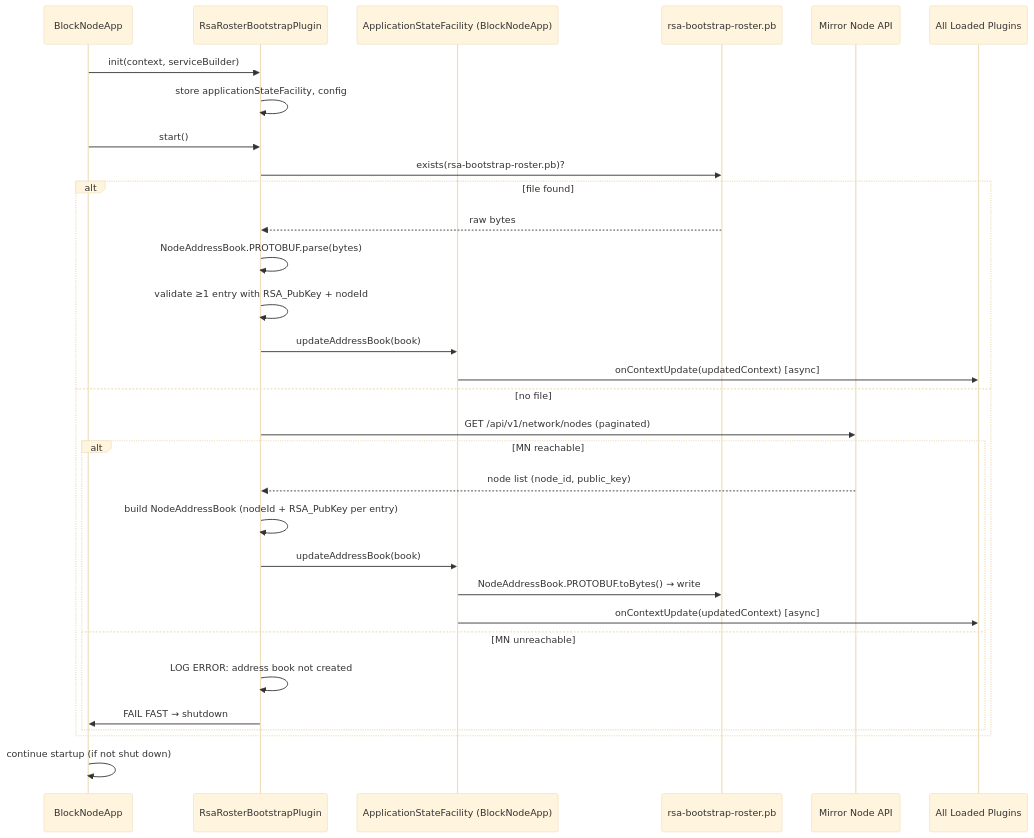
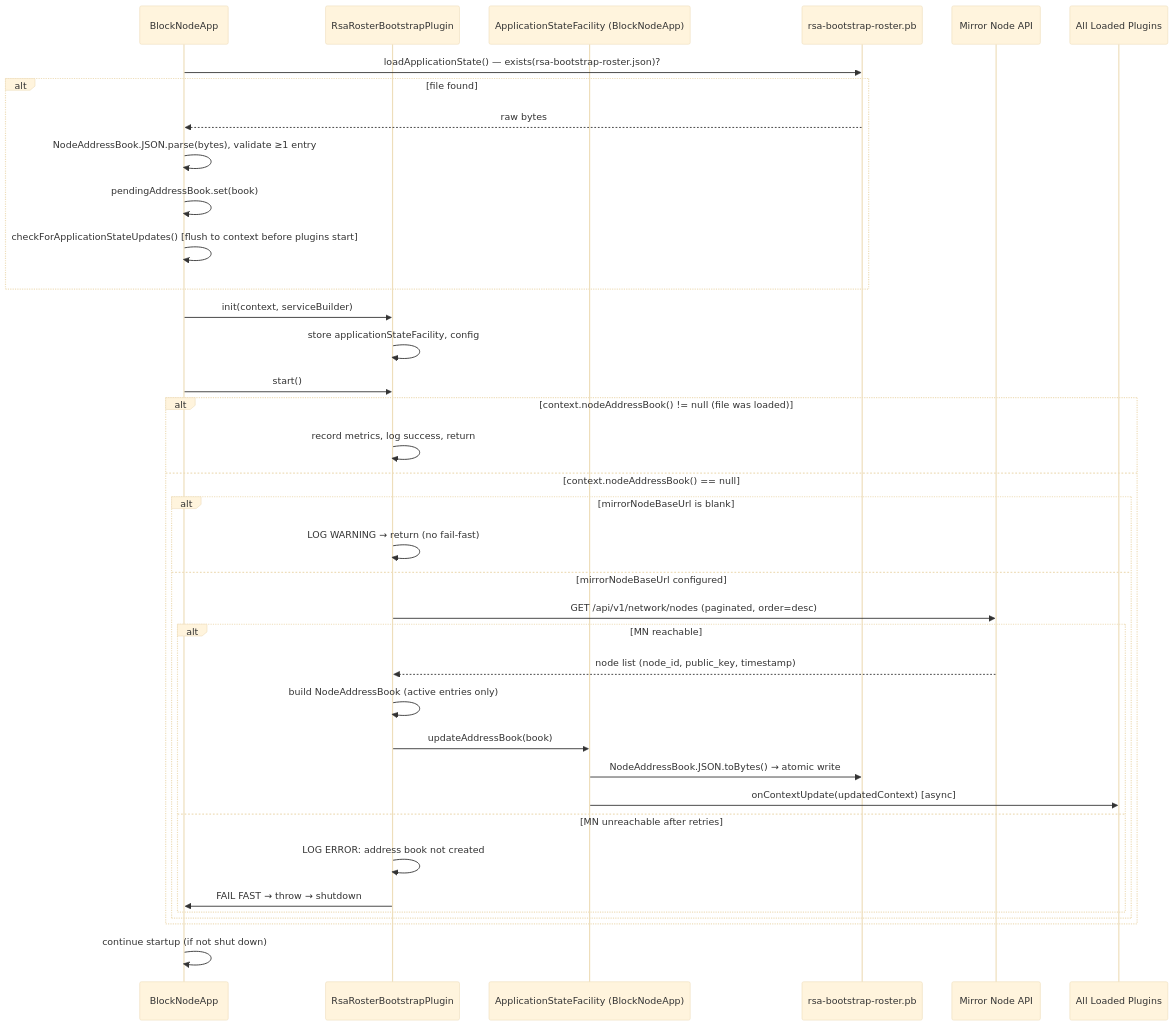
Before and after one commit to hiero-ledger/hiero-block-node: the first of 2 diagrams in docs/design/wrb-streaming/bootstrap-roster-plugin.md, drawn with Mermaid (base theme). The commit also changed other lines of this file and 1 other file, not shown here.

First line of the commit message:
docs: align README and design doc with roster-bootstrap-rsa implementation

````diff
--- a/docs/design/wrb-streaming/bootstrap-roster-plugin.md
+++ b/docs/design/wrb-streaming/bootstrap-roster-plugin.md
@@ -530,34 +558,40 @@
 ```mermaid
 sequenceDiagram
     participant App as BlockNodeApp
     participant Plugin as RsaRosterBootstrapPlugin
     participant Facility as ApplicationStateFacility (BlockNodeApp)
     participant File as rsa-bootstrap-roster.pb
     participant MN as Mirror Node API
     participant Plugins as All Loaded Plugins
 
+    App->>File: loadApplicationState() — exists(rsa-bootstrap-roster.json)?
+    alt file found
+        File-->>App: raw bytes
+        App->>App: NodeAddressBook.JSON.parse(bytes), validate ≥1 entry
+        App->>App: pendingAddressBook.set(book)
+        App->>App: checkForApplicationStateUpdates() [flush to context before plugins start]
+    end
     App->>Plugin: init(context, serviceBuilder)
     Plugin->>Plugin: store applicationStateFacility, config
     App->>Plugin: start()
-    Plugin->>File: exists(rsa-bootstrap-roster.pb)?
-    alt file found
-        File-->>Plugin: raw bytes
-        Plugin->>Plugin: NodeAddressBook.PROTOBUF.parse(bytes)
-        Plugin->>Plugin: validate ≥1 entry with RSA_PubKey + nodeId
-        Plugin->>Facility: updateAddressBook(book)
-        Facility->>Plugins: onContextUpdate(updatedContext) [async]
-    else no file
-        Plugin->>MN: GET /api/v1/network/nodes (paginated)
-        alt MN reachable
-            MN-->>Plugin: node list (node_id, public_key)
-            Plugin->>Plugin: build NodeAddressBook (nodeId + RSA_PubKey per entry)
-            Plugin->>Facility: updateAddressBook(book)
-            Facility->>File: NodeAddressBook.PROTOBUF.toBytes() → write
-            Facility->>Plugins: onContextUpdate(updatedContext) [async]
-        else MN unreachable
-            Plugin->>Plugin: LOG ERROR: address book not created
-            Plugin->>App: FAIL FAST → shutdown
+    alt context.nodeAddressBook() != null (file was loaded)
+        Plugin->>Plugin: record metrics, log success, return
+    else context.nodeAddressBook() == null
+        alt mirrorNodeBaseUrl is blank
+            Plugin->>Plugin: LOG WARNING → return (no fail-fast)
+        else mirrorNodeBaseUrl configured
+            Plugin->>MN: GET /api/v1/network/nodes (paginated, order=desc)
+            alt MN reachable
+                MN-->>Plugin: node list (node_id, public_key, timestamp)
+                Plugin->>Plugin: build NodeAddressBook (active entries only)
+                Plugin->>Facility: updateAddressBook(book)
+                Facility->>File: NodeAddressBook.JSON.toBytes() → atomic write
+                Facility->>Plugins: onContextUpdate(updatedContext) [async]
+            else MN unreachable after retries
+                Plugin->>Plugin: LOG ERROR: address book not created
+                Plugin->>App: FAIL FAST → throw → shutdown
+            end
         end
     end
     App->>App: continue startup (if not shut down)
 ```
````
